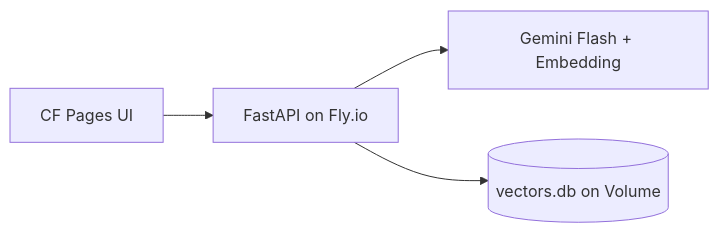
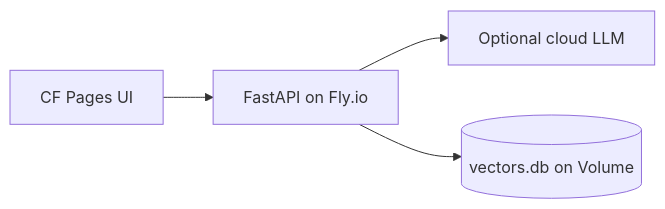
Before and after one commit to raymondworkshop/dev.research: the second of 5 diagrams in plan.md, drawn with Mermaid. The commit also changed other lines of this file and 47 other files, not shown here.

````diff
--- a/plan.md
+++ b/plan.md
@@ -80,6 +80,6 @@
 ```mermaid
 flowchart LR
     Pages[CF Pages UI] --> FlyAPI[FastAPI on Fly.io]
-    FlyAPI --> Gemini[Gemini Flash + Embedding]
+    FlyAPI --> LLM[Optional cloud LLM]
     FlyAPI --> ProdVDB[(vectors.db on Volume)]
 ```
````
